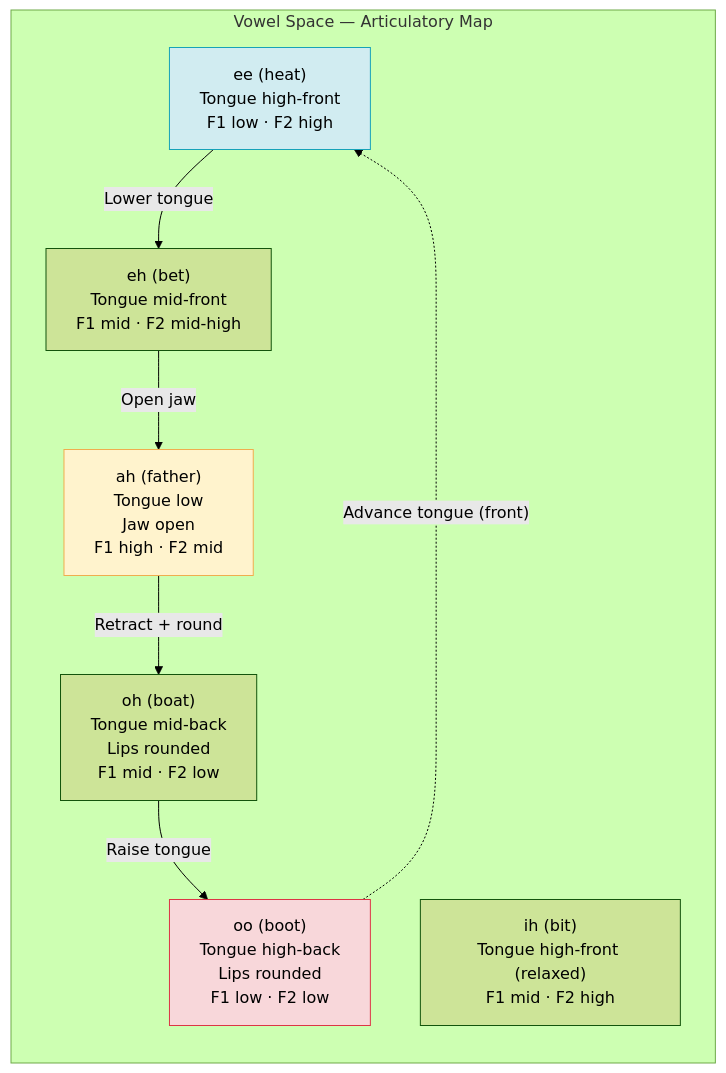
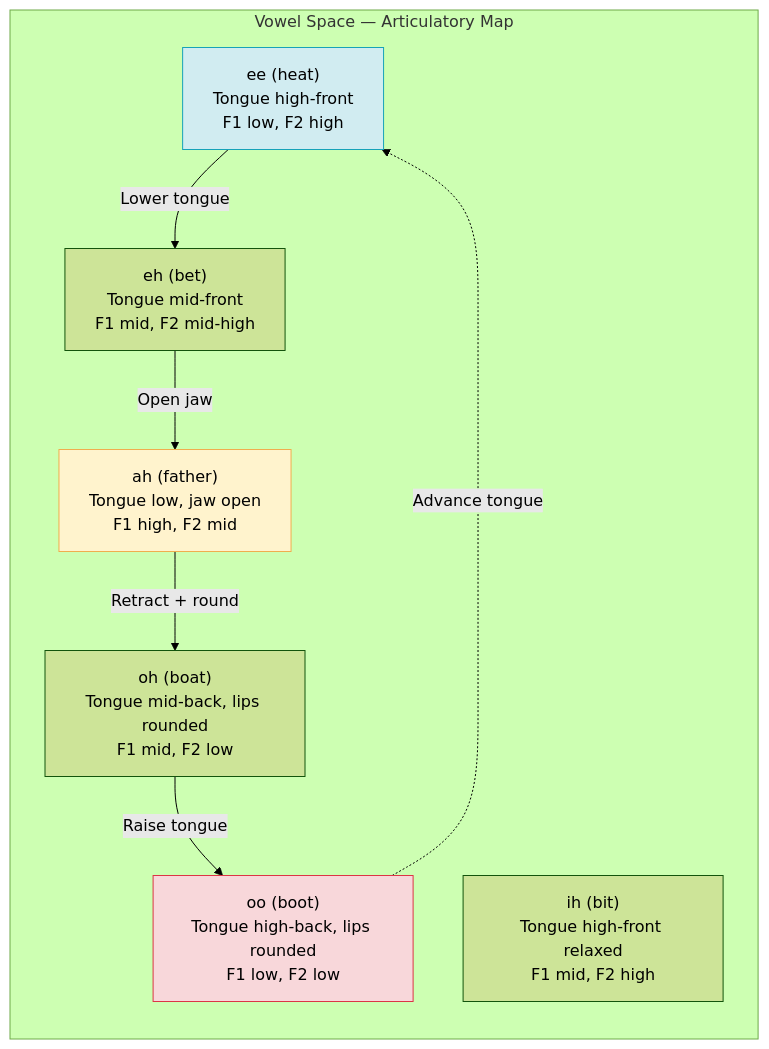
One commit to blebleblee/synapse changed the third of 5 diagrams in topics/arts/music_performance/vocals/lesson_01_vocal_anatomy.md. Above: the diagram before and after it, drawn with Mermaid (forest theme). The commit also changed other lines of this file and 4 other files, not shown here.

````diff
--- a/topics/arts/music_performance/vocals/lesson_01_vocal_anatomy.md
+++ b/topics/arts/music_performance/vocals/lesson_01_vocal_anatomy.md
@@ -246,22 +229,22 @@
 ```mermaid
 graph TB
     subgraph sub_vowel_space ["Vowel Space — Articulatory Map"]
         direction TB
-        V1["ee (heat)\nTongue high-front\nF1 low · F2 high"]
-        V2["ih (bit)\nTongue high-front (relaxed)\nF1 mid · F2 high"]
-        V3["eh (bet)\nTongue mid-front\nF1 mid · F2 mid-high"]
-        V4["ah (father)\nTongue low\nJaw open\nF1 high · F2 mid"]
-        V5["oh (boat)\nTongue mid-back\nLips rounded\nF1 mid · F2 low"]
-        V6["oo (boot)\nTongue high-back\nLips rounded\nF1 low · F2 low"]
+        V1["ee (heat)<br/>Tongue high-front<br/>F1 low, F2 high"]
+        V2["ih (bit)<br/>Tongue high-front relaxed<br/>F1 mid, F2 high"]
+        V3["eh (bet)<br/>Tongue mid-front<br/>F1 mid, F2 mid-high"]
+        V4["ah (father)<br/>Tongue low, jaw open<br/>F1 high, F2 mid"]
+        V5["oh (boat)<br/>Tongue mid-back, lips rounded<br/>F1 mid, F2 low"]
+        V6["oo (boot)<br/>Tongue high-back, lips rounded<br/>F1 low, F2 low"]
     end
 
     V1 -->|"Lower tongue"| V3
     V3 -->|"Open jaw"| V4
     V4 -->|"Retract + round"| V5
     V5 -->|"Raise tongue"| V6
-    V6 -.->|"Advance tongue (front)"| V1
+    V6 -.->|"Advance tongue"| V1
 
     style V4 fill:#fff3cd,stroke:#f0ad4e
     style V1 fill:#d1ecf1,stroke:#17a2b8
     style V6 fill:#f8d7da,stroke:#dc3545
 ```
````
